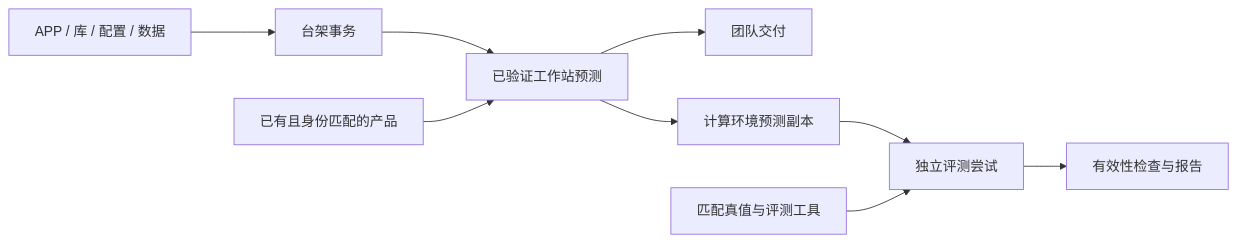
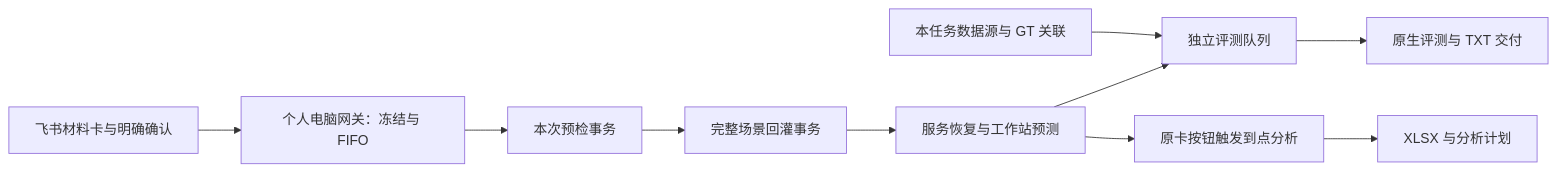
The diagram in README.md (Inner-vic/benchflow), drawn with Mermaid before and after one commit. The commit also changed other lines of this file and 14 other files, not shown here.

Commit message:
Explain the unified entry and revised replay, cloud evaluation and arrival flows

````diff
--- a/README.md
+++ b/README.md
@@ -68,11 +77,12 @@
 ```mermaid
 flowchart LR
-    I[APP / 库 / 配置 / 数据] --> T[台架事务]
-    T --> W[已验证工作站预测]
-    W --> D[团队交付]
-    W --> C[计算环境预测副本]
-    C --> E[独立评测尝试]
-    G[匹配真值与评测工具] --> E
-    E --> R[有效性检查与报告]
-    S[已有且身份匹配的产品] --> W
+    U[飞书材料卡与明确确认] --> G[个人电脑网关：冻结与 FIFO]
+    G --> S[本次预检事务]
+    S --> T[完整场景回灌事务]
+    T --> W[服务恢复与工作站预测]
+    W --> E[独立评测队列]
+    D[本任务数据源与 GT 关联] --> E
+    E --> R[原生评测与 TXT 交付]
+    W --> A[原卡按钮触发到点分析]
+    A --> X[XLSX 与分析计划]
 ```
````
